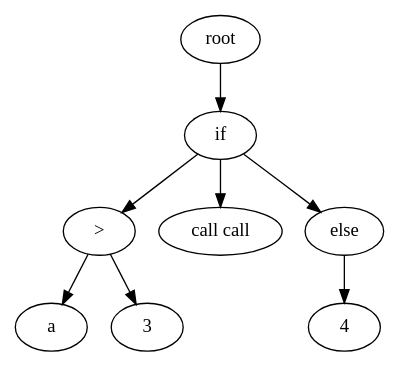
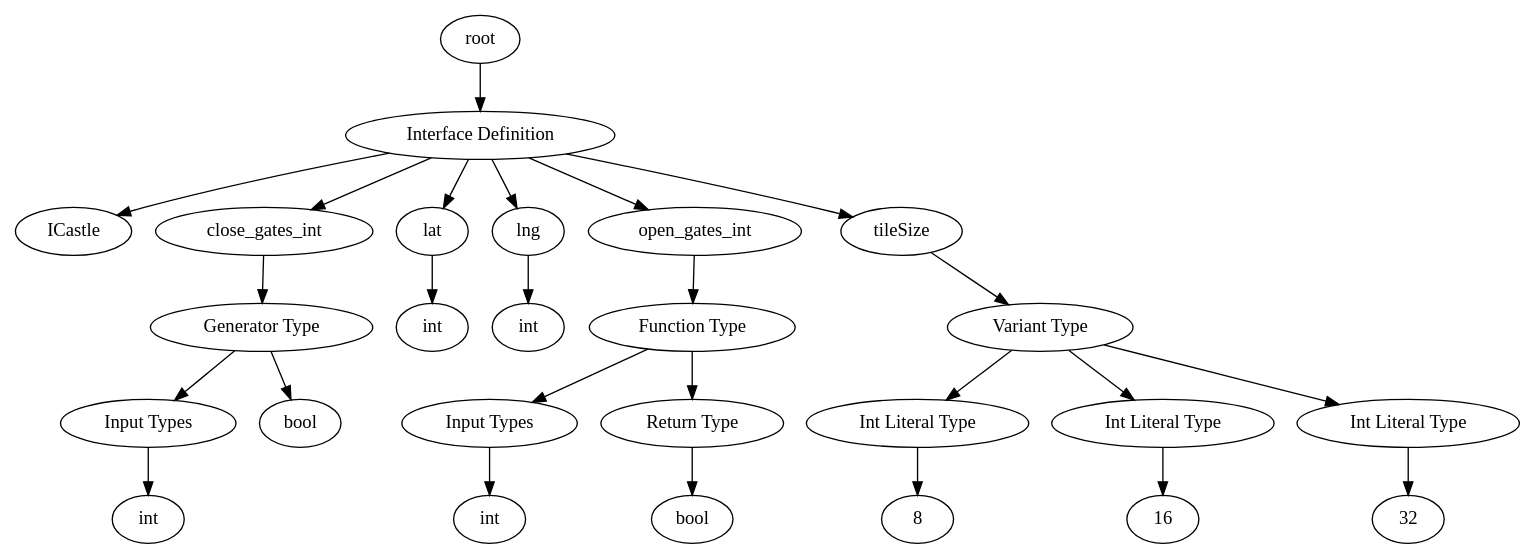
The diagram in examples/module.dot (pranav-ap/wasp-lang), drawn with Graphviz before and after one commit. The commit also changed 14 other files, not shown here.

```diff
--- a/examples/module.dot
+++ b/examples/module.dot
@@ -1,17 +1,53 @@
 digraph G { 
  "0"   [label="root"]; 
- "1"   [label="if"]; 
+ "1"   [label="Interface Definition"]; 
  "0" -> "1"; 
- "2"   [label=">"]; 
+ "2"   [label="ICastle"]; 
  "1" -> "2"; 
- "3"   [label="a"]; 
- "2" -> "3"; 
- "4"   [label="3"]; 
- "2" -> "4"; 
- "5"   [label="call call"]; 
- "1" -> "5"; 
- "6"   [label="else"]; 
- "1" -> "6"; 
- "7"   [label="4"]; 
- "6" -> "7"; 
+ "3"   [label="close_gates_int"]; 
+ "1" -> "3"; 
+ "4"   [label="Generator Type"]; 
+ "3" -> "4"; 
+ "5"   [label="Input Types"]; 
+ "4" -> "5"; 
+ "6"   [label="int"]; 
+ "5" -> "6"; 
+ "7"   [label="bool"]; 
+ "4" -> "7"; 
+ "8"   [label="lat"]; 
+ "1" -> "8"; 
+ "9"   [label="int"]; 
+ "8" -> "9"; 
+ "10"   [label="lng"]; 
+ "1" -> "10"; 
+ "11"   [label="int"]; 
+ "10" -> "11"; 
+ "12"   [label="open_gates_int"]; 
+ "1" -> "12"; 
+ "13"   [label="Function Type"]; 
+ "12" -> "13"; 
+ "14"   [label="Input Types"]; 
+ "13" -> "14"; 
+ "15"   [label="int"]; 
+ "14" -> "15"; 
+ "16"   [label="Return Type"]; 
+ "13" -> "16"; 
+ "17"   [label="bool"]; 
+ "16" -> "17"; 
+ "18"   [label="tileSize"]; 
+ "1" -> "18"; 
+ "19"   [label="Variant Type"]; 
+ "18" -> "19"; 
+ "20"   [label="Int Literal Type"]; 
+ "19" -> "20"; 
+ "21"   [label="8"]; 
+ "20" -> "21"; 
+ "22"   [label="Int Literal Type"]; 
+ "19" -> "22"; 
+ "23"   [label="16"]; 
+ "22" -> "23"; 
+ "24"   [label="Int Literal Type"]; 
+ "19" -> "24"; 
+ "25"   [label="32"]; 
+ "24" -> "25"; 
  }
```
